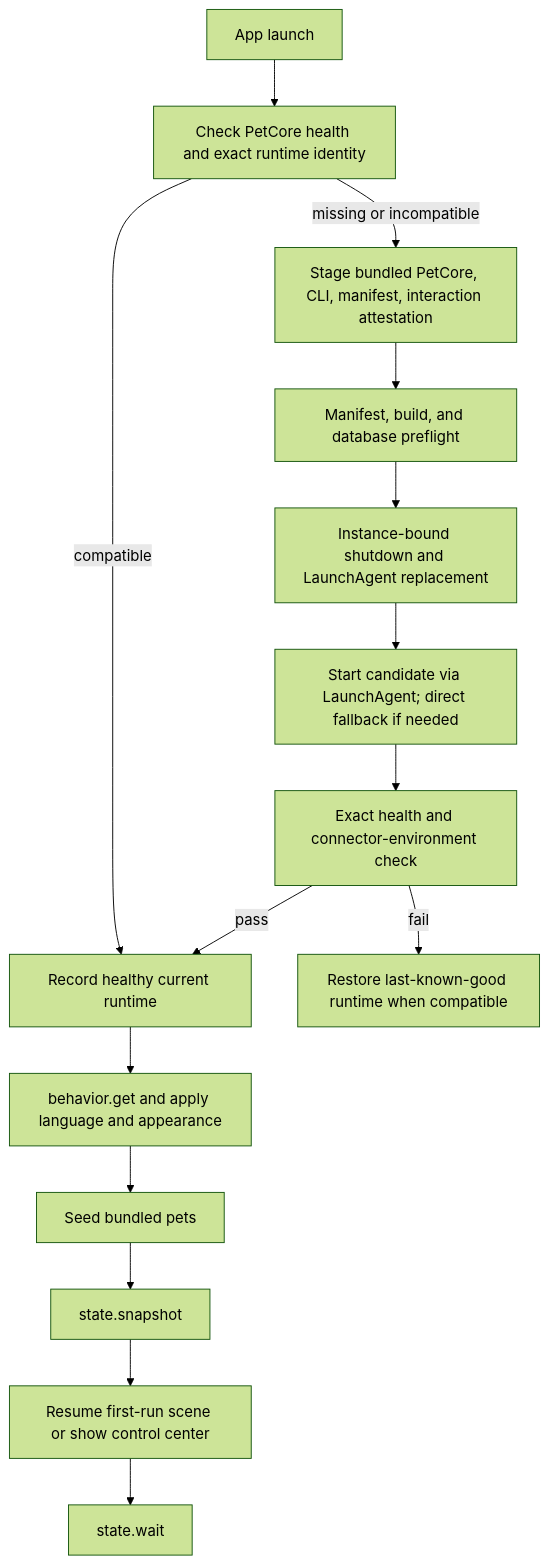
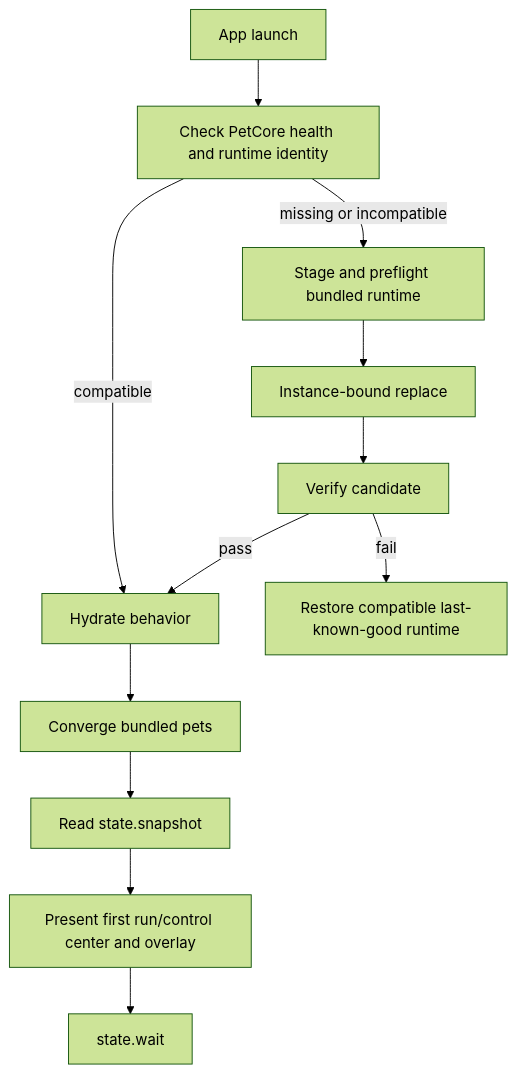
One commit to xjxtree/agent-pet-companion changed the diagram in docs/architecture/runtime-and-ipc.md. Above: the diagram before and after it, drawn with Mermaid (forest theme). The commit also changed other lines of this file and 91 other files, not shown here.

````diff
--- a/docs/architecture/runtime-and-ipc.md
+++ b/docs/architecture/runtime-and-ipc.md
@@ -22,17 +20,14 @@
 ```mermaid
 flowchart TD
-    Launch["App launch"] --> Health["Check PetCore health and exact runtime identity"]
-    Health -->|"compatible"| Commit["Record healthy current runtime"]
-    Health -->|"missing or incompatible"| Stage["Stage bundled PetCore, CLI, manifest, interaction attestation"]
-    Stage --> Preflight["Manifest, build, and database preflight"]
-    Preflight --> Stop["Instance-bound shutdown and LaunchAgent replacement"]
-    Stop --> Start["Start candidate via LaunchAgent; direct fallback if needed"]
-    Start --> Exact["Exact health and connector-environment check"]
-    Exact -->|"pass"| Commit
-    Exact -->|"fail"| Rollback["Restore last-known-good runtime when compatible"]
-    Commit --> Presentation["behavior.get and apply language and appearance"]
-    Presentation --> Seed["Seed bundled pets"]
-    Seed --> Snapshot["state.snapshot"]
-    Snapshot --> FirstRun["Resume first-run scene or show control center"]
-    FirstRun --> Wait["state.wait"]
+    Launch["App launch"] --> Health["Check PetCore health and runtime identity"]
+    Health -->|"compatible"| Ready["Hydrate behavior"]
+    Health -->|"missing or incompatible"| Stage["Stage and preflight bundled runtime"]
+    Stage --> Replace["Instance-bound replace"]
+    Replace --> Verify["Verify candidate"]
+    Verify -->|"pass"| Ready
+    Verify -->|"fail"| Rollback["Restore compatible last-known-good runtime"]
+    Ready --> Seed["Converge bundled pets"]
+    Seed --> Snapshot["Read state.snapshot"]
+    Snapshot --> UI["Present first run/control center and overlay"]
+    UI --> Wait["state.wait"]
 ```
````
